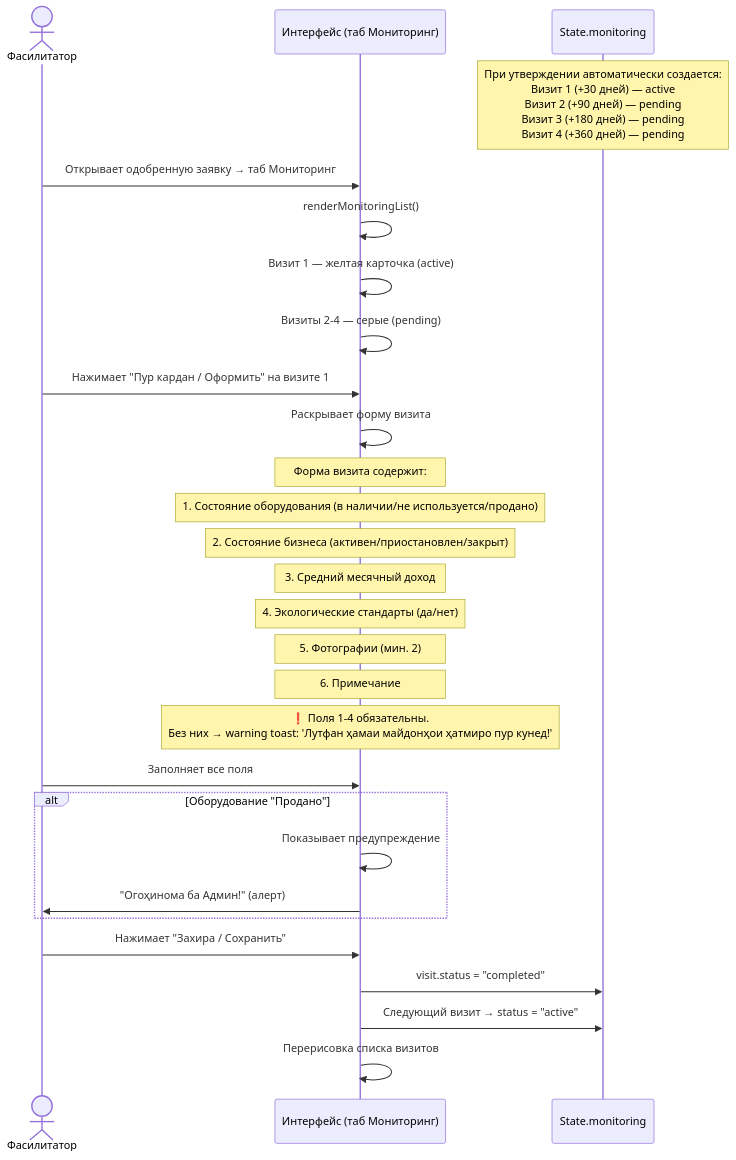
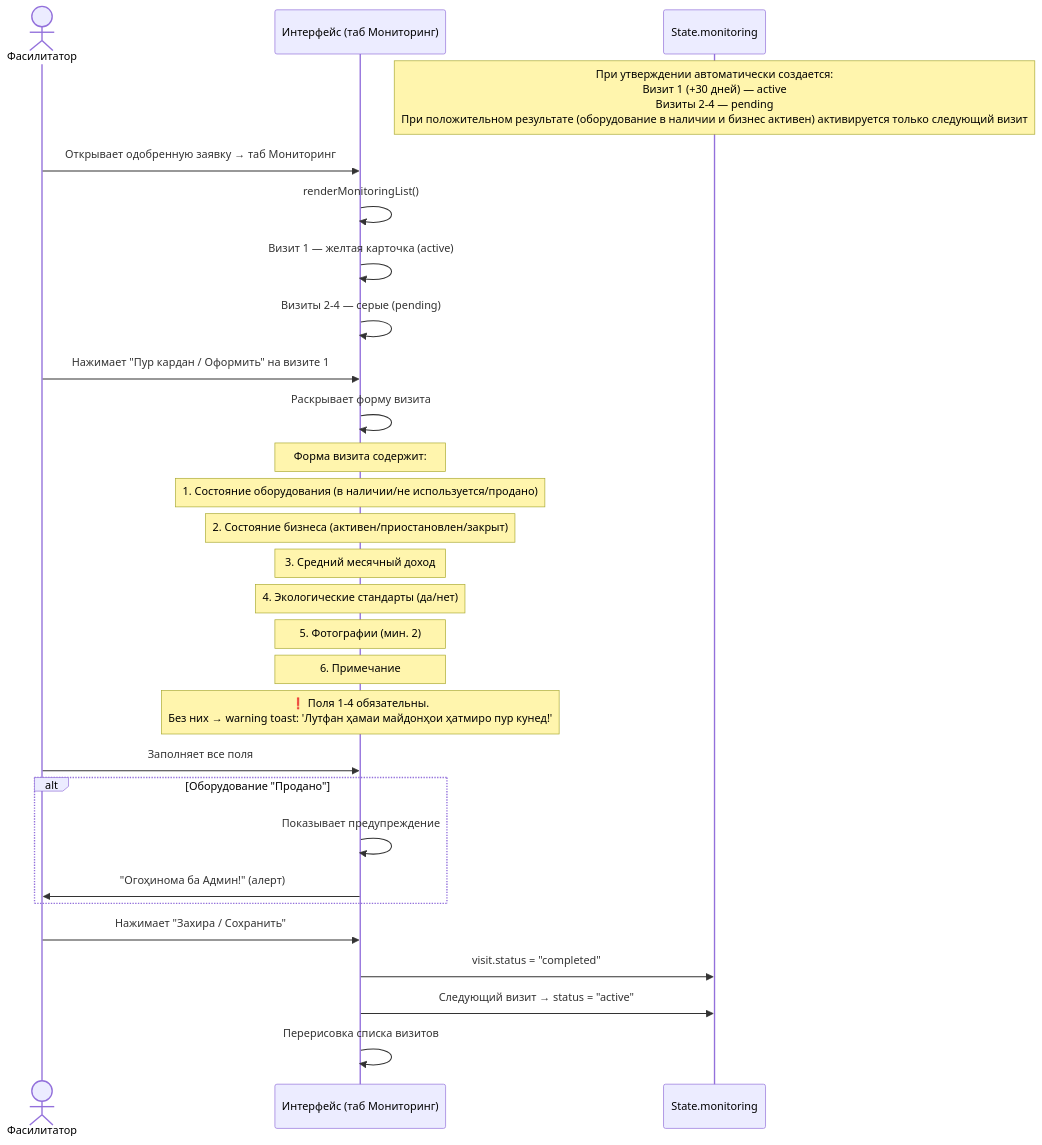
Before and after one commit to firka-kh/eip-test: the tenth of 16 diagrams in docs/BUSINESS-PROCESSES.md, drawn with Mermaid. The commit also changed 13 other files, not shown here.

````diff
--- a/docs/BUSINESS-PROCESSES.md
+++ b/docs/BUSINESS-PROCESSES.md
@@ -420,37 +420,37 @@
 ```mermaid
 sequenceDiagram
     actor Ф as Фасилитатор
     participant UI as Интерфейс (таб Мониторинг)
     participant ST as State.monitoring
 
-    Note over ST: При утверждении автоматически создается:<br/>Визит 1 (+30 дней) — active<br/>Визит 2 (+90 дней) — pending<br/>Визит 3 (+180 дней) — pending<br/>Визит 4 (+360 дней) — pending
+    Note over ST: При утверждении автоматически создается:<br/>Визит 1 (+30 дней) — active<br/>Визиты 2-4 — pending<br/>При положительном результате (оборудование в наличии и бизнес активен) активируется только следующий визит
 
     Ф->>UI: Открывает одобренную заявку → таб Мониторинг
     UI->>UI: renderMonitoringList()
     UI->>UI: Визит 1 — желтая карточка (active)
     UI->>UI: Визиты 2-4 — серые (pending)
 
     Ф->>UI: Нажимает "Пур кардан / Оформить" на визите 1
     UI->>UI: Раскрывает форму визита
 
     Note over UI: Форма визита содержит:
     Note over UI: 1. Состояние оборудования (в наличии/не используется/продано)
     Note over UI: 2. Состояние бизнеса (активен/приостановлен/закрыт)
     Note over UI: 3. Средний месячный доход
     Note over UI: 4. Экологические стандарты (да/нет)
     Note over UI: 5. Фотографии (мин. 2)
     Note over UI: 6. Примечание
     Note over UI: ❗ Поля 1-4 обязательны.<br/>Без них → warning toast: 'Лутфан ҳамаи майдонҳои ҳатмиро пур кунед!'
 
     Ф->>UI: Заполняет все поля
     
     alt Оборудование "Продано"
         UI->>UI: Показывает предупреждение
         UI->>Ф: "Огоҳинома ба Админ!" (алерт)
     end
 
     Ф->>UI: Нажимает "Захира / Сохранить"
     UI->>ST: visit.status = "completed"
     UI->>ST: Следующий визит → status = "active"
     UI->>UI: Перерисовка списка визитов
 ```
````
